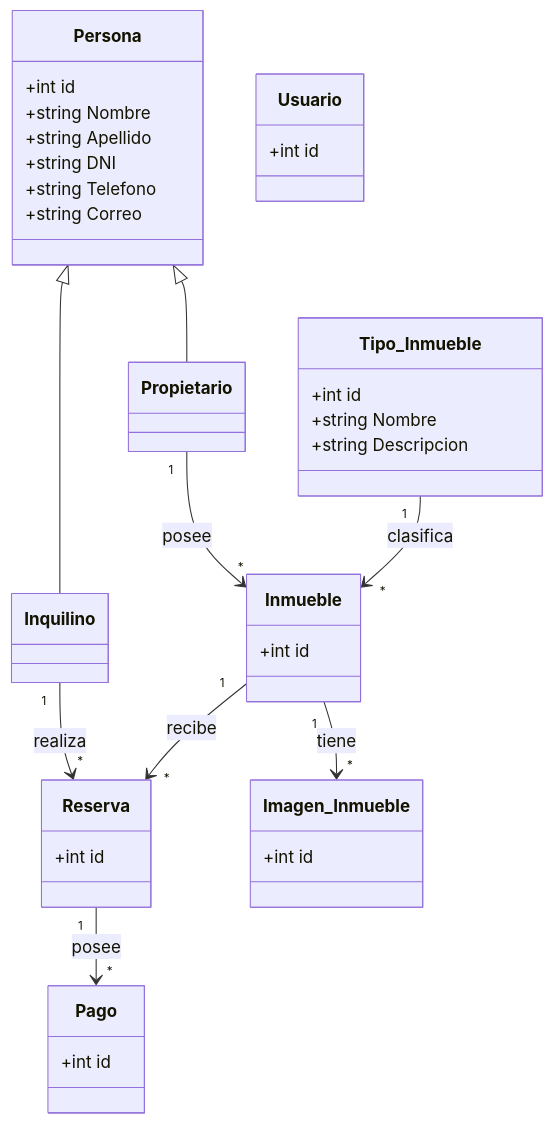
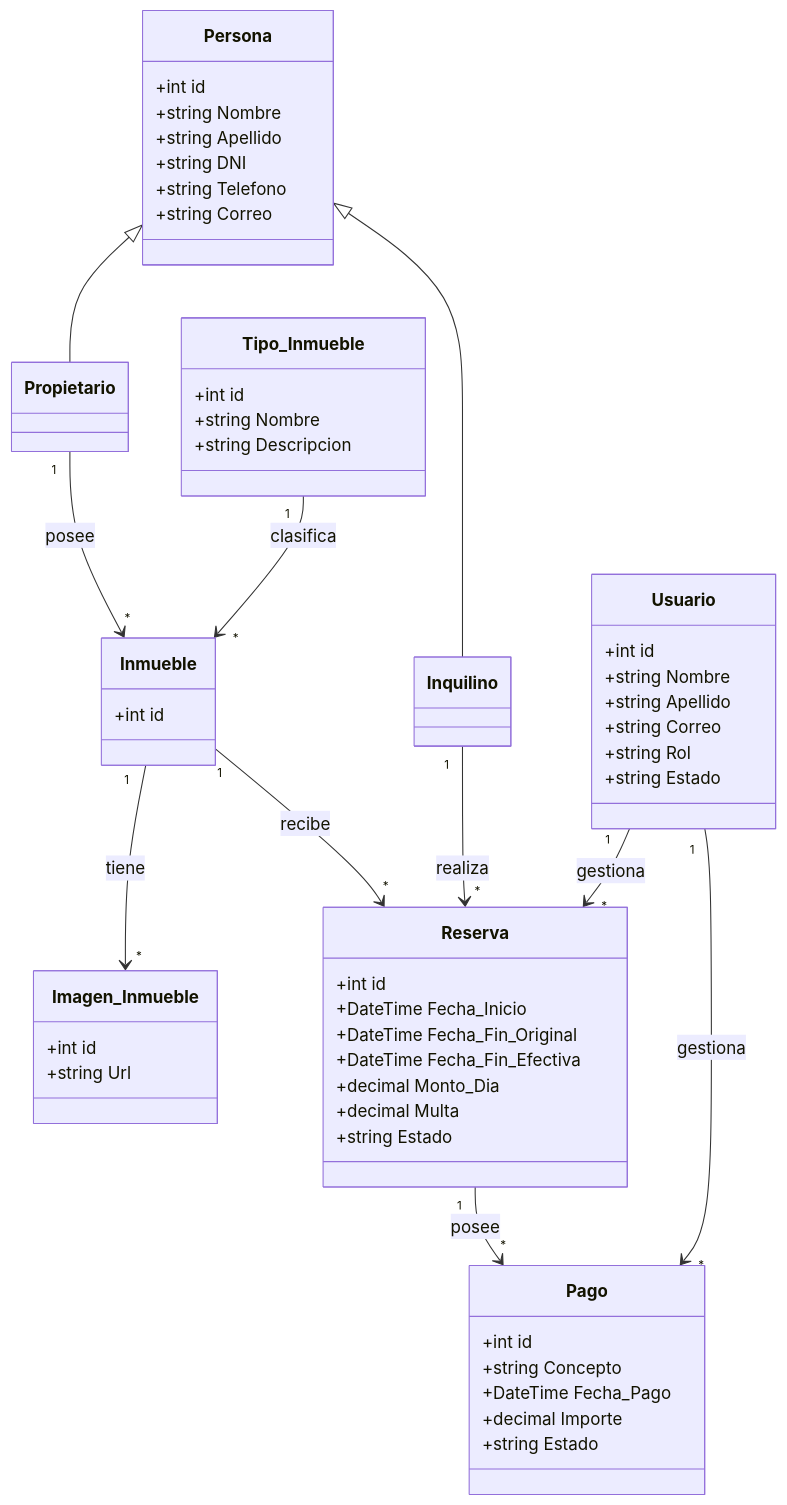
One commit to AlbertDaroni/Ejercicio-1 changed the diagram in README.md. Above: the diagram before and after it, drawn with Mermaid. The commit also changed other lines of this file, not shown here.

````diff
--- a/README.md
+++ b/README.md
@@ -51,54 +52,72 @@
 ```mermaid
 classDiagram
 
     class Persona {
         +int id
         +string Nombre
         +string Apellido
         +string DNI
         +string Telefono
         +string Correo
     }
 
     class Propietario {
     }
 
     class Inquilino {
     }
 
     class Inmueble {
         +int id
     }
 
     class Tipo_Inmueble {
         +int id
         +string Nombre
         +string Descripcion
     }
 
     class Reserva {
         +int id
+        +DateTime Fecha_Inicio
+        +DateTime Fecha_Fin_Original
+        +DateTime Fecha_Fin_Efectiva
+        +decimal Monto_Dia
+        +decimal Multa
+        +string Estado
     }
 
     class Imagen_Inmueble {
         +int id
+        +string Url
     }
 
     class Pago {
         +int id
+        +string Concepto
+        +DateTime Fecha_Pago
+        +decimal Importe
+        +string Estado
     }
 
     class Usuario {
         +int id
+        +string Nombre
+        +string Apellido
+        +string Correo
+        +string Rol
+        +string Estado
     }
 
     Persona <|-- Propietario
     Persona <|-- Inquilino
 
     Propietario "1" --> "*" Inmueble : posee
     Tipo_Inmueble "1" --> "*" Inmueble : clasifica
     Inmueble "1" --> "*" Imagen_Inmueble : tiene
     Inquilino "1" --> "*" Reserva : realiza
     Inmueble "1" --> "*" Reserva : recibe
     Reserva "1" --> "*" Pago : posee
+    Usuario "1" --> "*" Reserva : gestiona
+    Usuario "1" --> "*" Pago : gestiona
 ```
````
